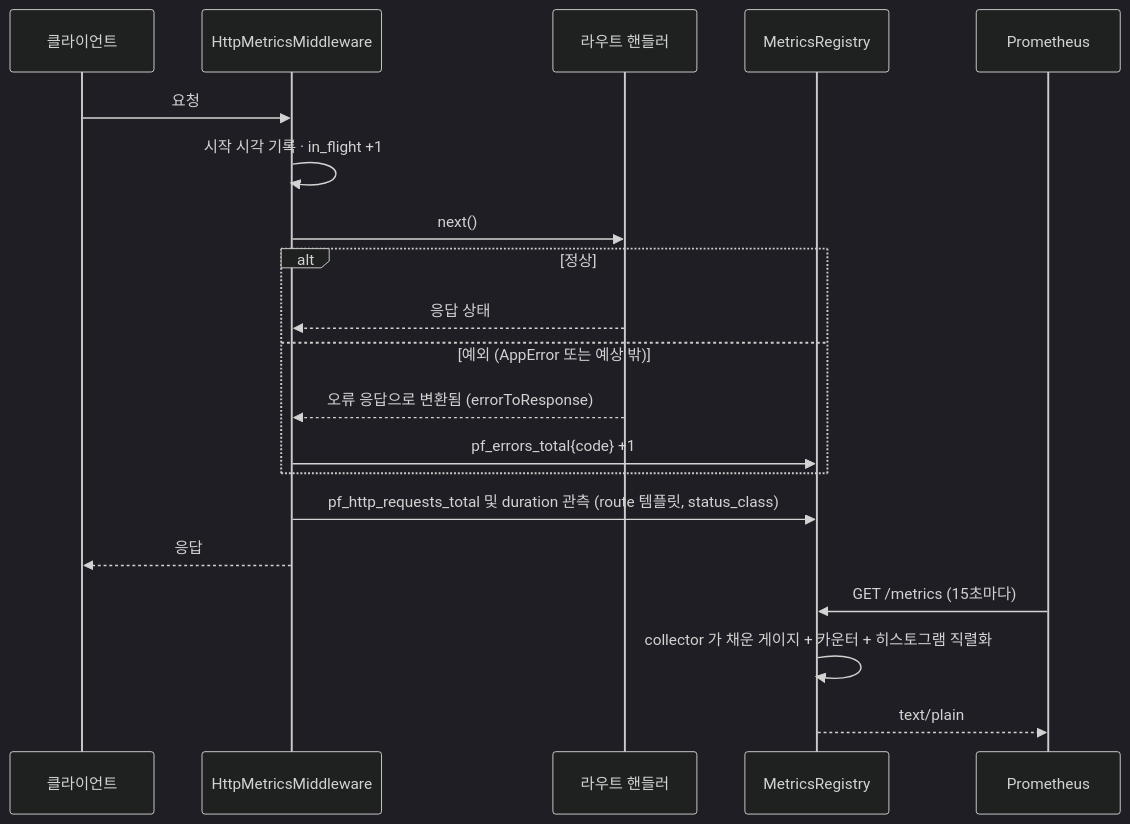
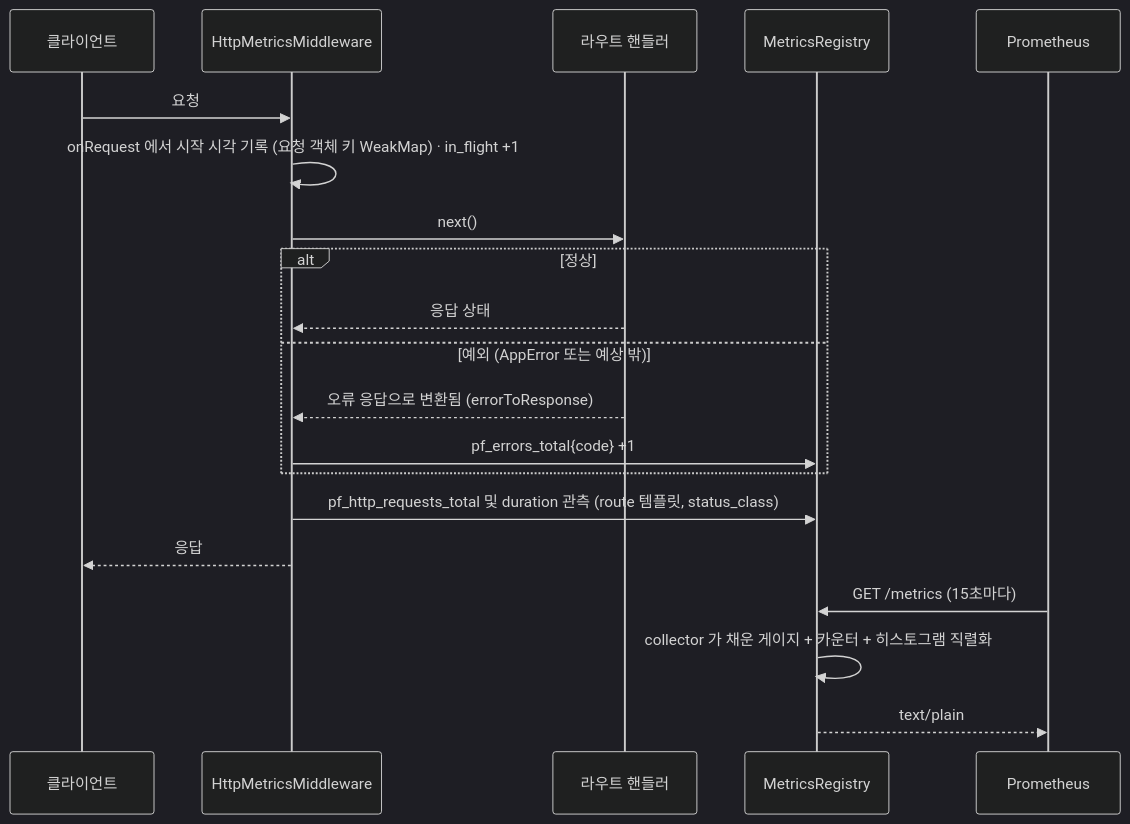
The fifth of 41 diagrams in docs/design/features/17-ops-observability.md (1985jwlee/portpolio_backend), drawn with Mermaid (dark theme) before and after one commit. The commit also changed other lines of this file and 5 other files, not shown here.

````diff
--- a/docs/design/features/17-ops-observability.md
+++ b/docs/design/features/17-ops-observability.md
@@ -310,22 +311,22 @@
 ```mermaid
 sequenceDiagram
     participant C as 클라이언트
     participant M as HttpMetricsMiddleware
     participant H as 라우트 핸들러
     participant R as MetricsRegistry
     participant P as Prometheus
     C->>M: 요청
-    M->>M: 시작 시각 기록 · in_flight +1
+    M->>M: onRequest 에서 시작 시각 기록 (요청 객체 키 WeakMap) · in_flight +1
     M->>H: next()
     alt 정상
         H-->>M: 응답 상태
     else 예외 (AppError 또는 예상 밖)
         H-->>M: 오류 응답으로 변환됨 (errorToResponse)
         M->>R: pf_errors_total{code} +1
     end
     M->>R: pf_http_requests_total 및 duration 관측 (route 템플릿, status_class)
     M-->>C: 응답
     P->>R: GET /metrics (15초마다)
     R->>R: collector 가 채운 게이지 + 카운터 + 히스토그램 직렬화
     R-->>P: text/plain
 ```
````
